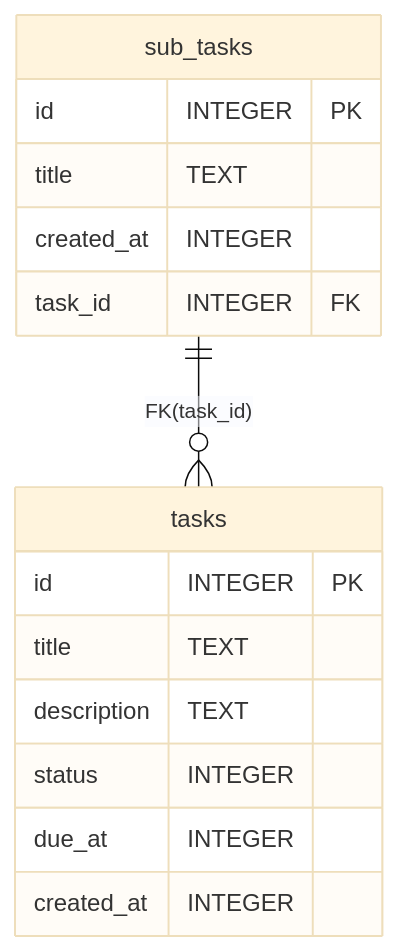
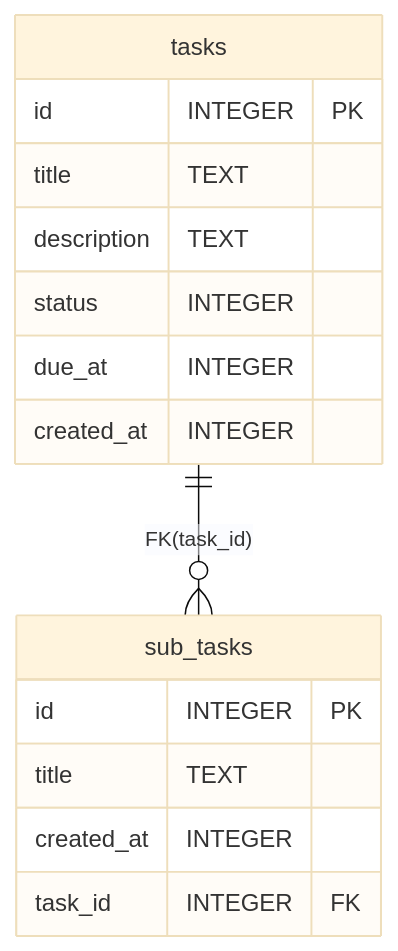
The diagram in sample/schemas-docs/jp.ntsk.room.schema.docs.sample.database.AppDatabase/3.md (ntsk/room-schema-docs-gradle-plugin), drawn with Mermaid (base theme) before and after one commit. The commit also changed 2 other files, not shown here.

Commit message:
[plugin] modify orientation of relation

````diff
--- a/sample/schemas-docs/jp.ntsk.room.schema.docs.sample.database.AppDatabase/3.md
+++ b/sample/schemas-docs/jp.ntsk.room.schema.docs.sample.database.AppDatabase/3.md
@@ -1,20 +1,20 @@
 ```mermaid
 erDiagram
 tasks {
   id INTEGER PK
   title TEXT
   description TEXT
   status INTEGER
   due_at INTEGER
   created_at INTEGER
 }
 
 sub_tasks {
   id INTEGER PK
   title TEXT
   created_at INTEGER
   task_id INTEGER FK
 }
 
-sub_tasks ||--o{ tasks : "FK(task_id)"
+tasks ||--o{ sub_tasks : "FK(task_id)"
 ```
````
